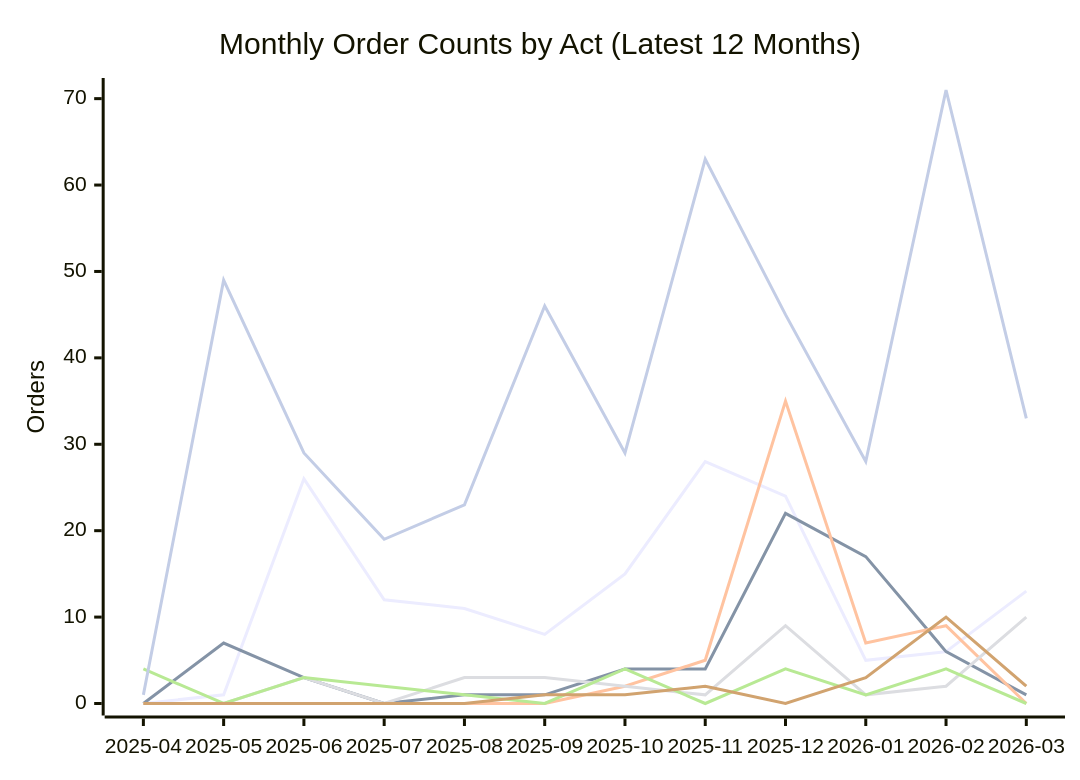
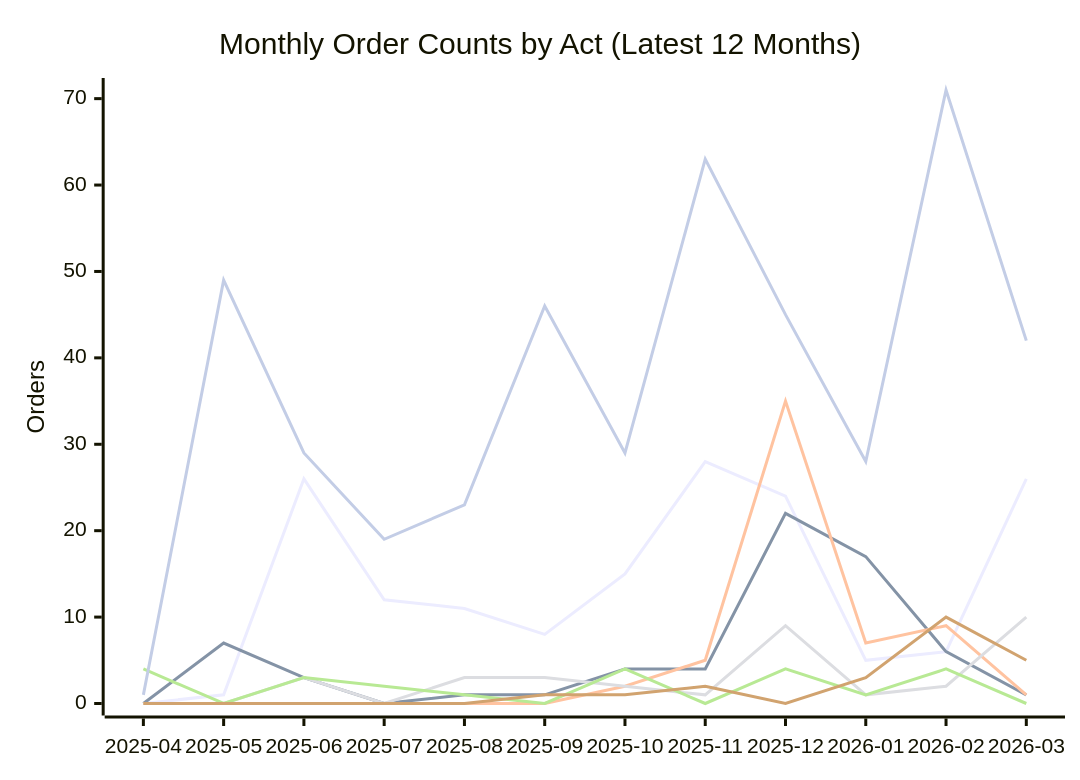
Before and after one commit to PatLittle/oic-data: the second of 2 diagrams in README.md, drawn with Mermaid. The commit also changed other lines of this file and 53 other files, not shown here.

````diff
--- a/README.md
+++ b/README.md
@@ -71,13 +71,13 @@
 ```mermaid
 xychart-beta
     title "Monthly Order Counts by Act (Latest 12 Months)"
     x-axis ["2025-04", "2025-05", "2025-06", "2025-07", "2025-08", "2025-09", "2025-10", "2025-11", "2025-12", "2026-01", "2026-02", "2026-03"]
     y-axis "Orders" 0 --> 71
-    line [0, 1, 26, 12, 11, 8, 15, 28, 24, 5, 6, 13]
+    line [0, 1, 26, 12, 11, 8, 15, 28, 24, 5, 6, 26]
     line [0, 7, 3, 0, 1, 1, 4, 4, 22, 17, 6, 1]
-    line [0, 0, 0, 0, 0, 0, 2, 5, 35, 7, 9, 0]
+    line [0, 0, 0, 0, 0, 0, 2, 5, 35, 7, 9, 1]
     line [0, 0, 3, 0, 3, 3, 2, 1, 9, 1, 2, 10]
     line [4, 0, 3, 2, 1, 0, 4, 0, 4, 1, 4, 0]
-    line [0, 0, 0, 0, 0, 1, 1, 2, 0, 3, 10, 2]
-    line [1, 49, 29, 19, 23, 46, 29, 63, 45, 28, 71, 33]
+    line [0, 0, 0, 0, 0, 1, 1, 2, 0, 3, 10, 5]
+    line [1, 49, 29, 19, 23, 46, 29, 63, 45, 28, 71, 42]
 ```
````
